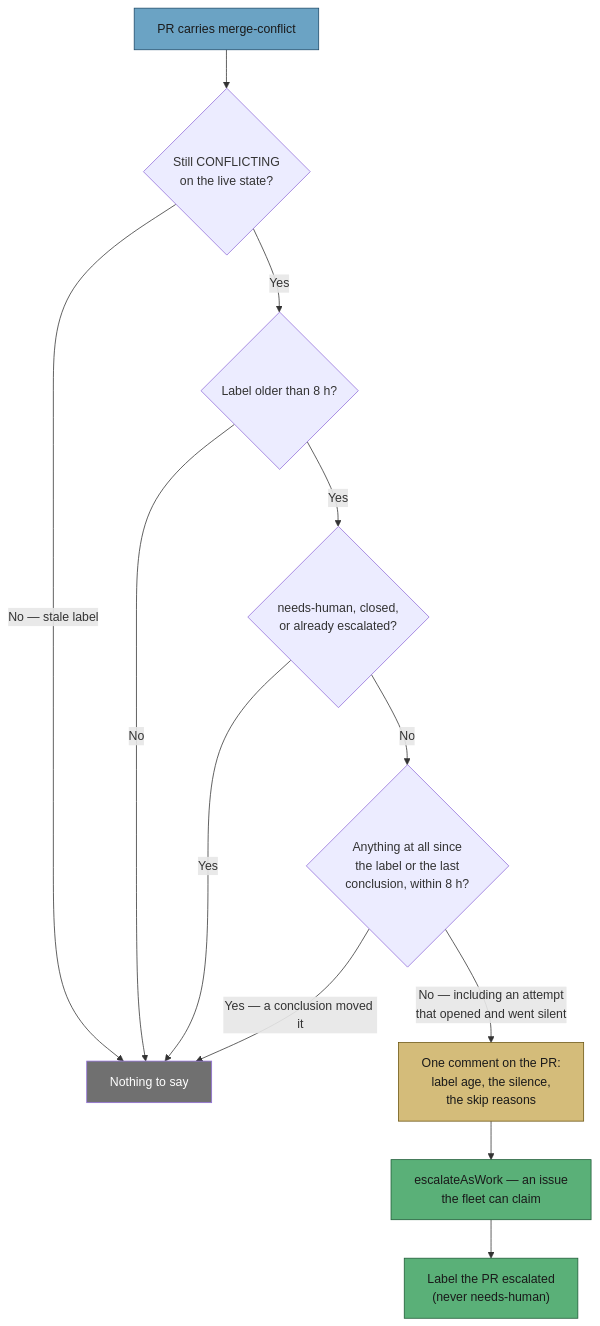
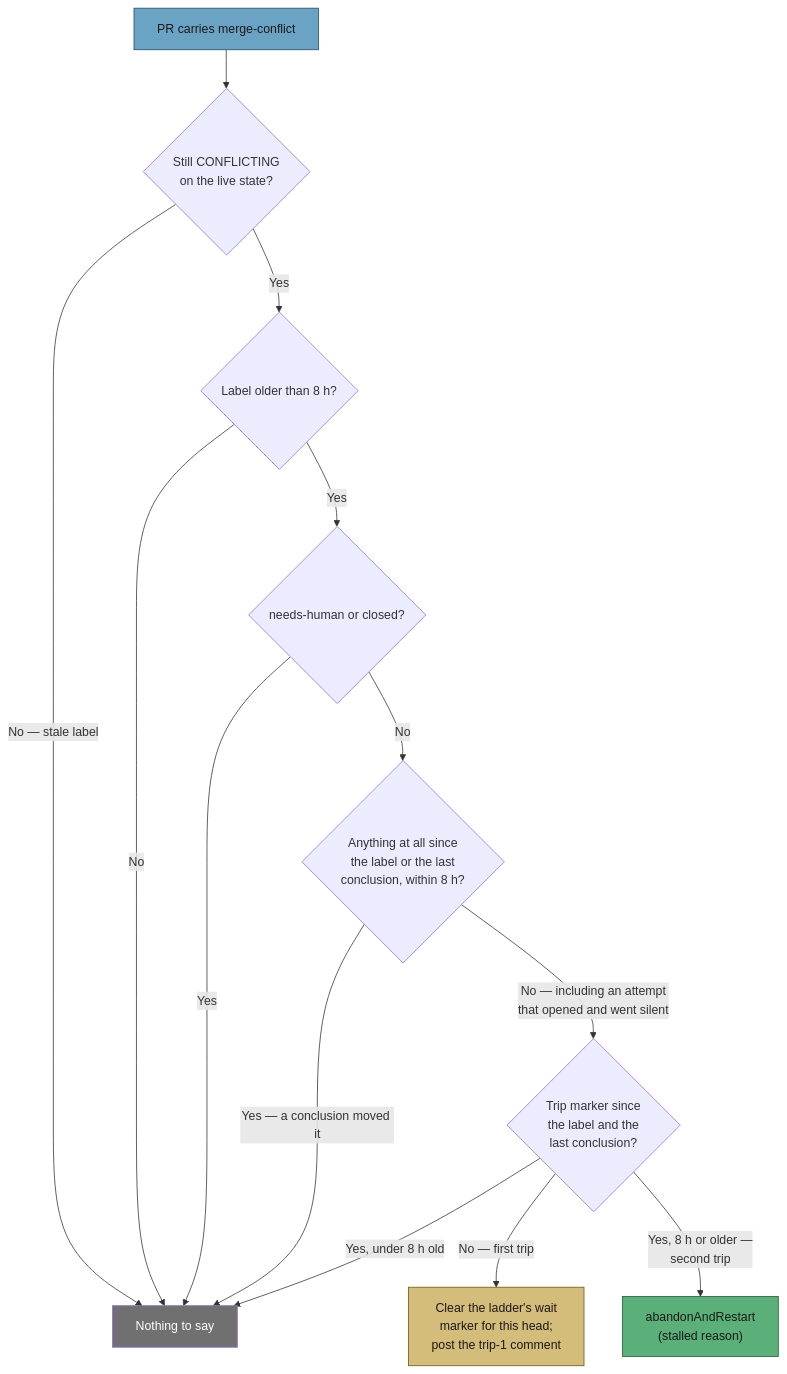
One commit to stSoftwareAU/VibeCoder changed the fifth of 7 diagrams in docs/workflows/merge-conflicts.md. Above: the diagram before and after it, drawn with Mermaid. The commit also changed other lines of this file and 44 other files, not shown here.

````diff
--- a/docs/workflows/merge-conflicts.md
+++ b/docs/workflows/merge-conflicts.md
@@ -736,19 +760,19 @@
 ```mermaid
 flowchart TD
     A[PR carries merge-conflict] --> S{"Still CONFLICTING<br/>on the live state?"}
     S -->|"No — stale label"| Q[Nothing to say]
     S -->|Yes| B{"Label older than 8 h?"}
     B -->|No| Q
-    B -->|Yes| C{"needs-human, closed,<br/>or already escalated?"}
+    B -->|Yes| C{"needs-human or closed?"}
     C -->|Yes| Q
     C -->|No| D{"Anything at all since<br/>the label or the last<br/>conclusion, within 8 h?"}
     D -->|"Yes — a conclusion moved it"| Q
-    D -->|"No — including an attempt<br/>that opened and went silent"| E["One comment on the PR:<br/>label age, the silence,<br/>the skip reasons"]
-    E --> F["escalateAsWork — an issue<br/>the fleet can claim"]
-    F --> G["Label the PR escalated<br/>(never needs-human)"]
+    D -->|"No — including an attempt<br/>that opened and went silent"| T{"Trip marker since<br/>the label and the<br/>last conclusion?"}
+    T -->|"No — first trip"| E["Clear the ladder's wait<br/>marker for this head;<br/>post the trip-1 comment"]
+    T -->|"Yes, under 8 h old"| Q
+    T -->|"Yes, 8 h or older —<br/>second trip"| G["abandonAndRestart<br/>(stalled reason)"]
     style A fill:#6ba3c4,stroke:#1d4a6a,color:#1a1a1a
     style E fill:#d4bc7a,stroke:#6b5510,color:#1a1a1a
-    style F fill:#5ab078,stroke:#1d5a35,color:#1a1a1a
     style G fill:#5ab078,stroke:#1d5a35,color:#1a1a1a
     style Q fill:#707070,stroke:,color:#fff
 ```
````
